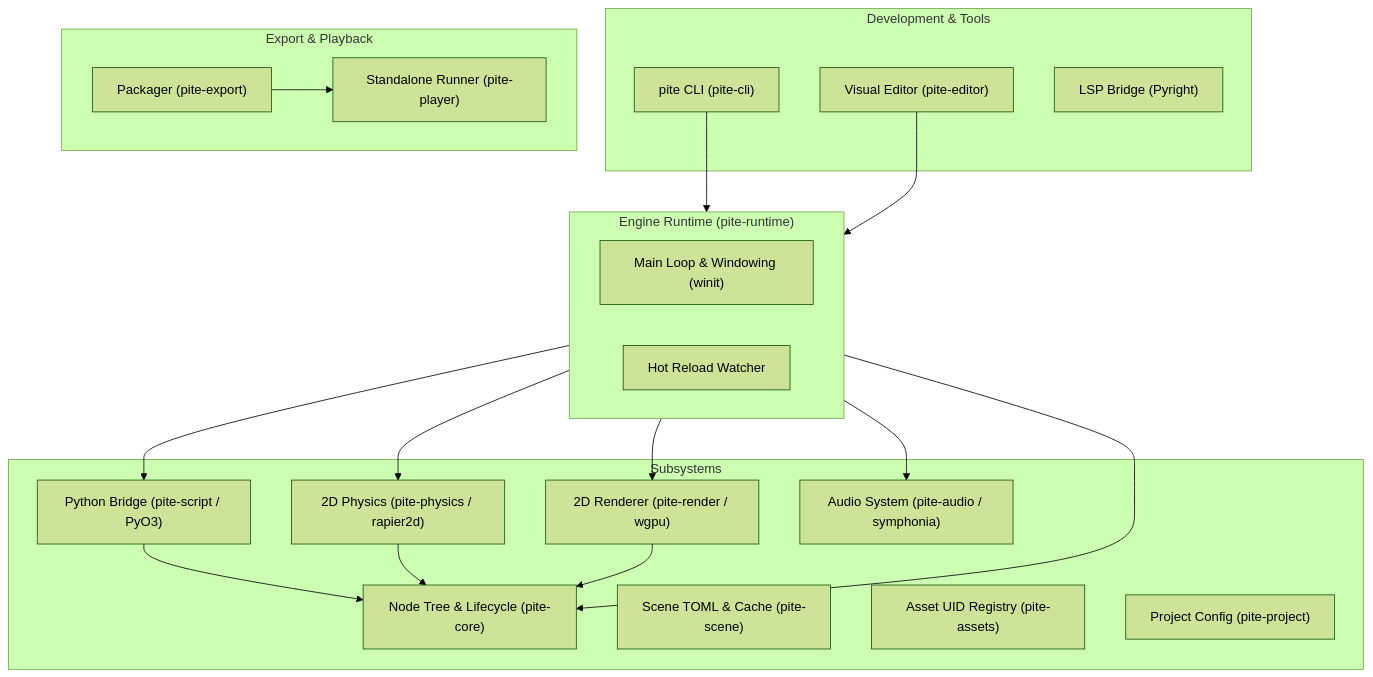
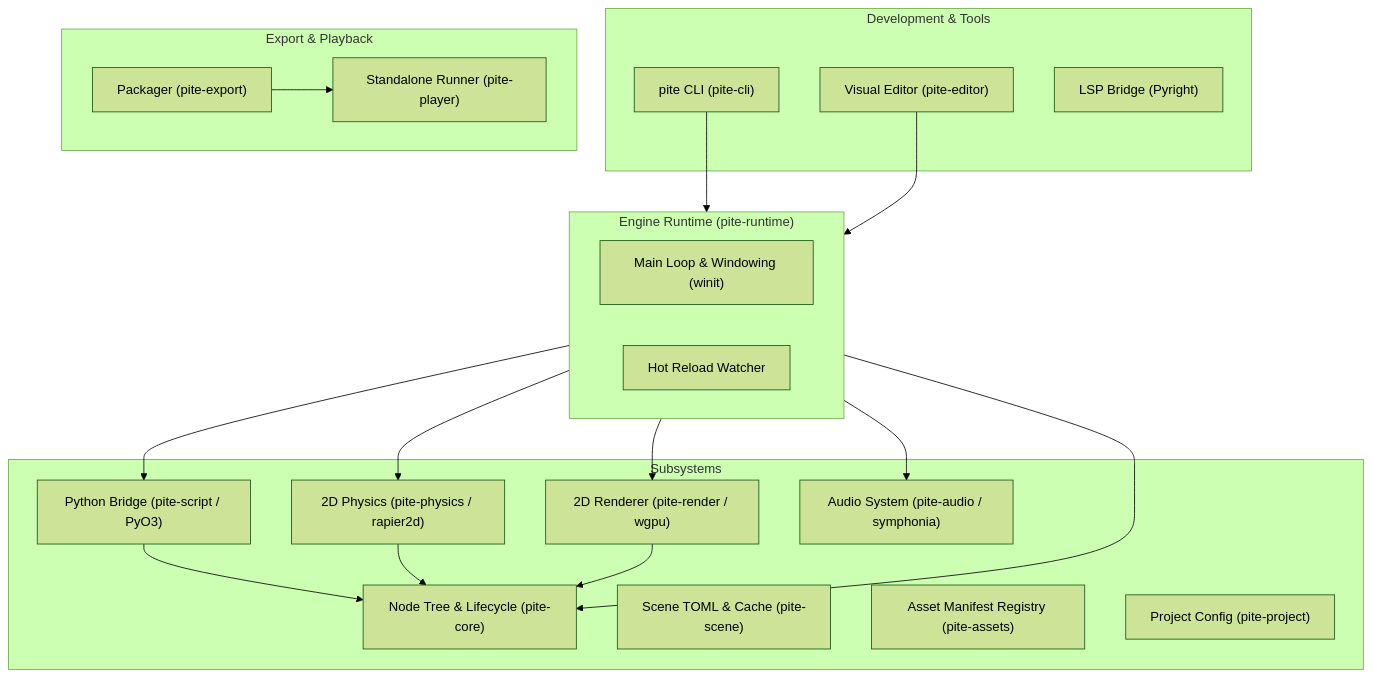
One commit to piteengine/pite changed the first of 2 diagrams in docs/concepts/architecture.md. Above: the diagram before and after it, drawn with Mermaid (forest theme). The commit also changed other lines of this file and 17 other files, not shown here.

First line of the commit message:
feat(assets): complete assets.pite.toml and drop UID (fixes #29)

````diff
--- a/docs/concepts/architecture.md
+++ b/docs/concepts/architecture.md
@@ -9,41 +9,41 @@
 ```mermaid
 graph TD
     subgraph Editor ["Development & Tools"]
         CLI["pite CLI (pite-cli)"]
         EditorUI["Visual Editor (pite-editor)"]
         LSP["LSP Bridge (Pyright)"]
     end
 
     subgraph Runtime ["Engine Runtime (pite-runtime)"]
         MainLoop["Main Loop & Windowing (winit)"]
         HotReload["Hot Reload Watcher"]
     end
 
     subgraph Core ["Subsystems"]
         CoreTree["Node Tree & Lifecycle (pite-core)"]
         ScriptBridge["Python Bridge (pite-script / PyO3)"]
         Physics["2D Physics (pite-physics / rapier2d)"]
         Renderer["2D Renderer (pite-render / wgpu)"]
         Audio["Audio System (pite-audio / symphonia)"]
         SceneIO["Scene TOML & Cache (pite-scene)"]
-        AssetReg["Asset UID Registry (pite-assets)"]
+        AssetReg["Asset Manifest Registry (pite-assets)"]
         ProjectMeta["Project Config (pite-project)"]
     end
 
     subgraph Distribution ["Export & Playback"]
         Export["Packager (pite-export)"]
         Player["Standalone Runner (pite-player)"]
     end
 
     CLI --> Runtime
     EditorUI --> Runtime
     Runtime --> CoreTree
     Runtime --> ScriptBridge
     Runtime --> Physics
     Runtime --> Renderer
     Runtime --> Audio
     ScriptBridge --> CoreTree
     Physics --> CoreTree
     Renderer --> CoreTree
     Export --> Player
 ```
````
